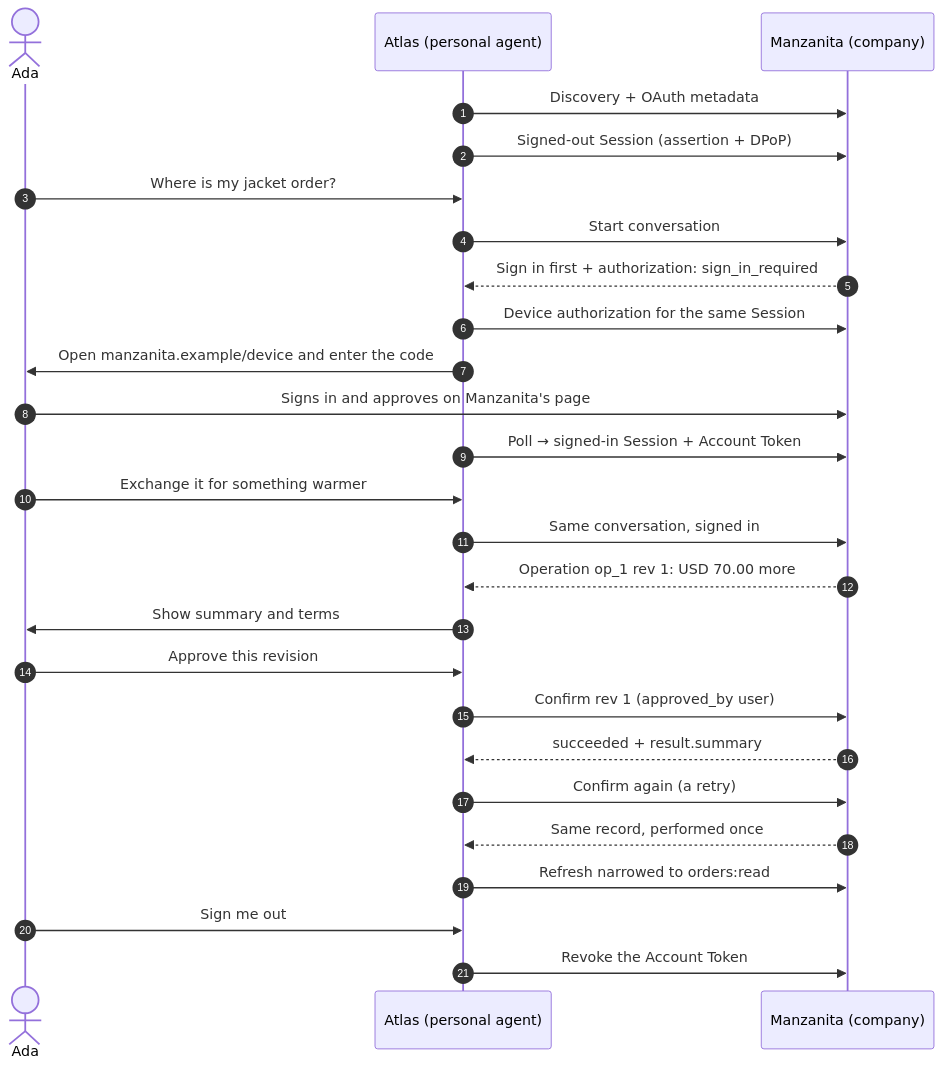
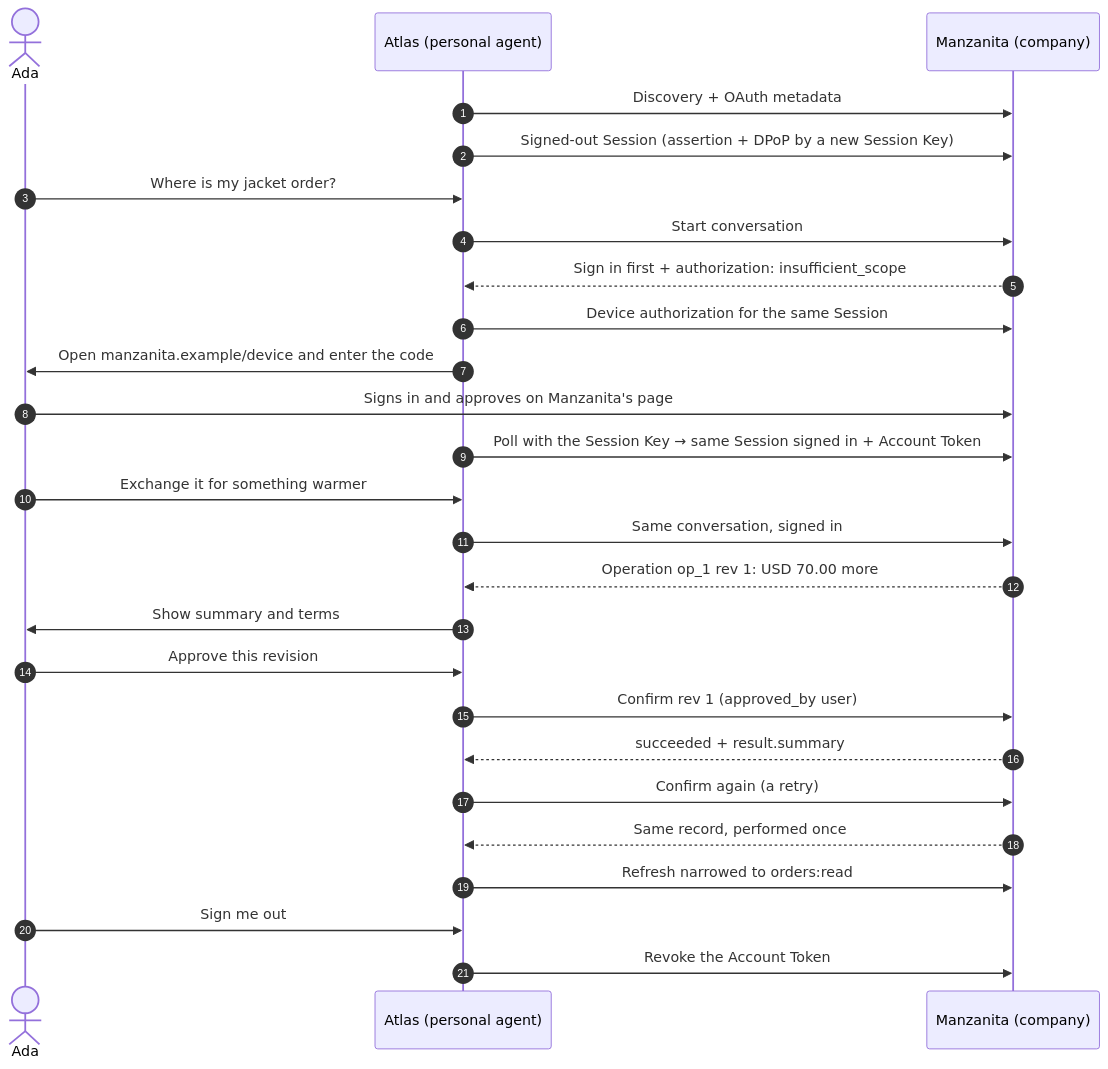
One commit to datalayer/personal-agent-protocol changed the diagram in docs/docs/examples/user-with-a-company.mdx. Above: the diagram before and after it, drawn with Mermaid. The commit also changed 95 other files, not shown here.

````diff
--- a/docs/docs/examples/user-with-a-company.mdx
+++ b/docs/docs/examples/user-with-a-company.mdx
@@ -20,28 +20,28 @@
 ```mermaid
 sequenceDiagram
   autonumber
   actor Ada
   participant Atlas as Atlas (personal agent)
   participant M as Manzanita (company)
   Atlas->>M: Discovery + OAuth metadata
-  Atlas->>M: Signed-out Session (assertion + DPoP)
+  Atlas->>M: Signed-out Session (assertion + DPoP by a new Session Key)
   Ada->>Atlas: Where is my jacket order?
   Atlas->>M: Start conversation
-  M-->>Atlas: Sign in first + authorization: sign_in_required
+  M-->>Atlas: Sign in first + authorization: insufficient_scope
   Atlas->>M: Device authorization for the same Session
   Atlas->>Ada: Open manzanita.example/device and enter the code
   Ada->>M: Signs in and approves on Manzanita's page
-  Atlas->>M: Poll → signed-in Session + Account Token
+  Atlas->>M: Poll with the Session Key → same Session signed in + Account Token
   Ada->>Atlas: Exchange it for something warmer
   Atlas->>M: Same conversation, signed in
   M-->>Atlas: Operation op_1 rev 1: USD 70.00 more
   Atlas->>Ada: Show summary and terms
   Ada->>Atlas: Approve this revision
   Atlas->>M: Confirm rev 1 (approved_by user)
   M-->>Atlas: succeeded + result.summary
   Atlas->>M: Confirm again (a retry)
   M-->>Atlas: Same record, performed once
   Atlas->>M: Refresh narrowed to orders:read
   Ada->>Atlas: Sign me out
   Atlas->>M: Revoke the Account Token
 ```
````
